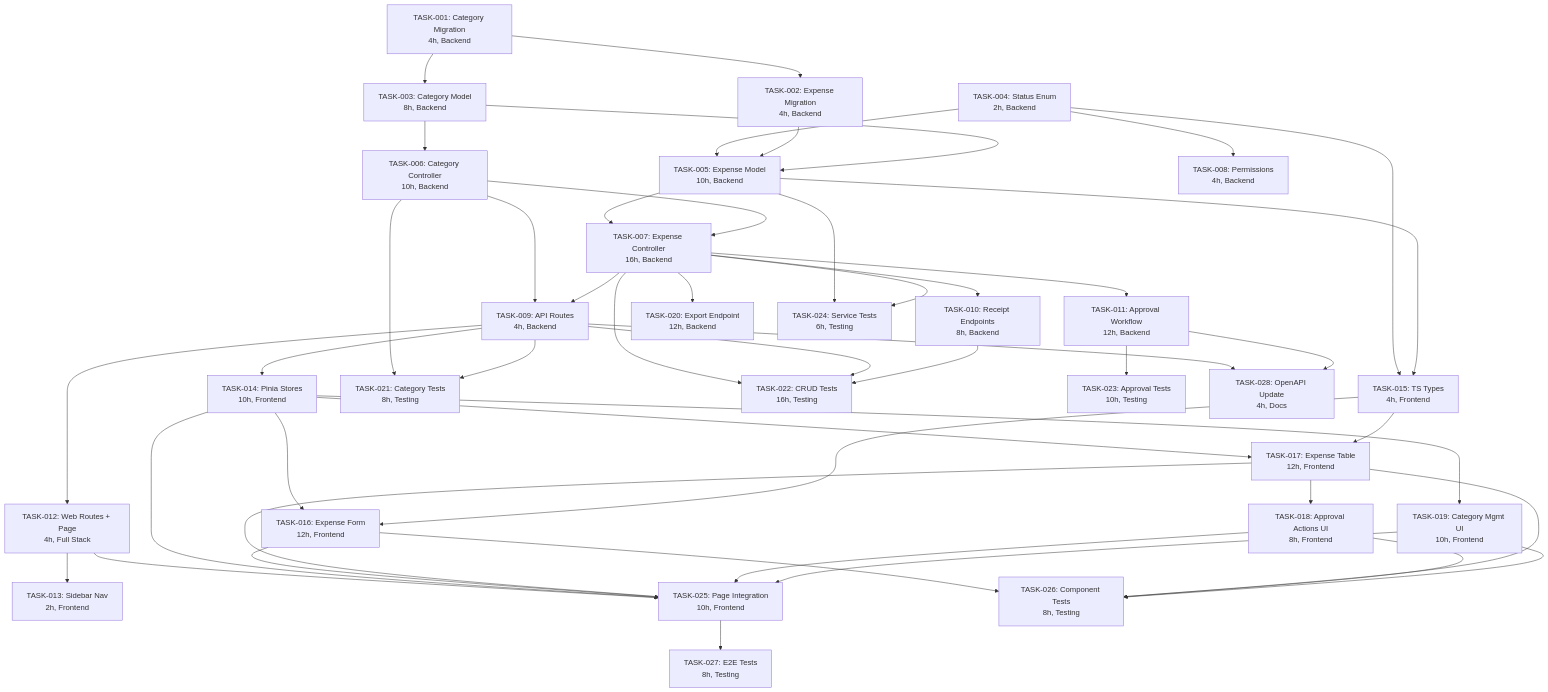
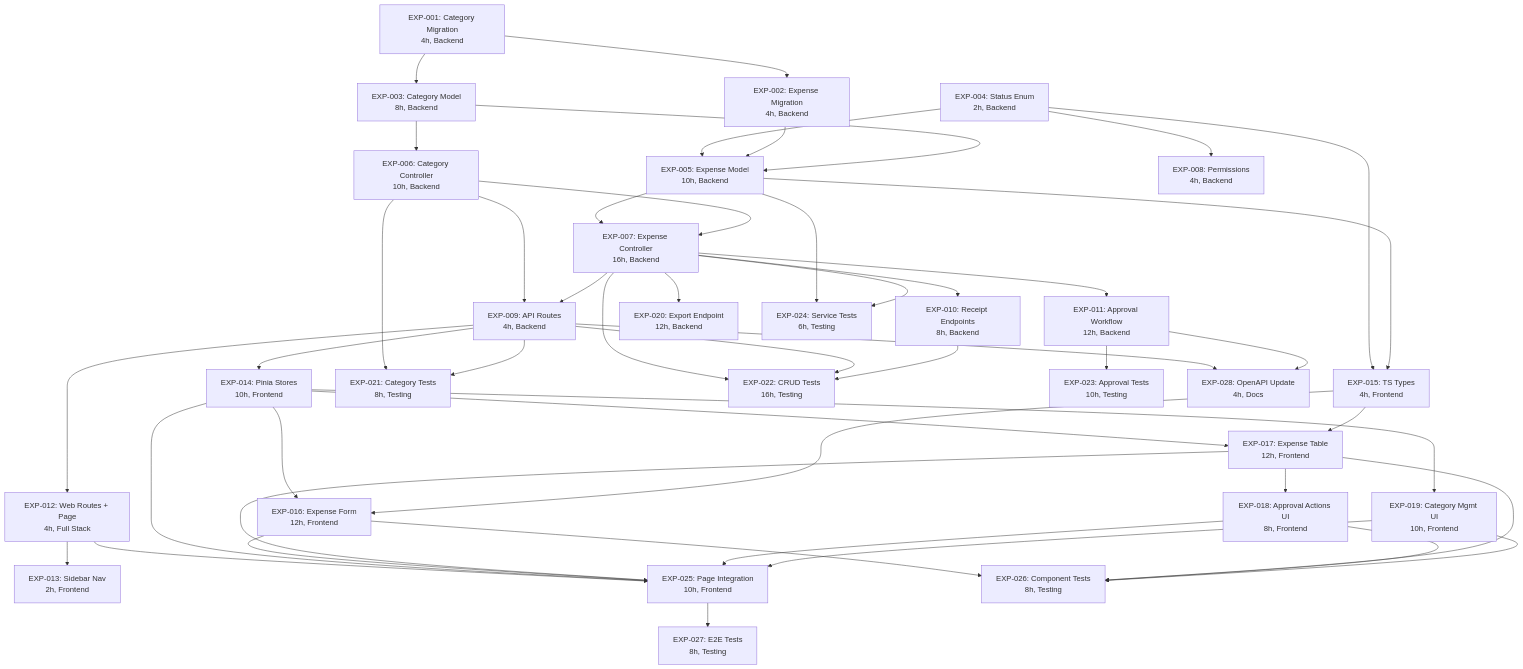
The diagram in .features/02-expense-management/task_assignments_20260206.md (kevoyer-nqb/solidtime), drawn with Mermaid before and after one commit. The commit also changed other lines of this file and 9 other files, not shown here.

````diff
--- a/.features/02-expense-management/task_assignments_20260206.md
+++ b/.features/02-expense-management/task_assignments_20260206.md
@@ -56,49 +58,49 @@
 ```mermaid
 graph TD
-    TASK-001[TASK-001: Category Migration<br/>4h, Backend] --> TASK-002[TASK-002: Expense Migration<br/>4h, Backend]
-    TASK-001 --> TASK-003[TASK-003: Category Model<br/>8h, Backend]
-    TASK-004[TASK-004: Status Enum<br/>2h, Backend] --> TASK-005[TASK-005: Expense Model<br/>10h, Backend]
-    TASK-002 --> TASK-005
-    TASK-003 --> TASK-005
-    TASK-003 --> TASK-006[TASK-006: Category Controller<br/>10h, Backend]
-    TASK-005 --> TASK-007[TASK-007: Expense Controller<br/>16h, Backend]
-    TASK-006 --> TASK-007
-    TASK-004 --> TASK-008[TASK-008: Permissions<br/>4h, Backend]
-    TASK-006 --> TASK-009[TASK-009: API Routes<br/>4h, Backend]
-    TASK-007 --> TASK-009
-    TASK-007 --> TASK-010[TASK-010: Receipt Endpoints<br/>8h, Backend]
-    TASK-007 --> TASK-011[TASK-011: Approval Workflow<br/>12h, Backend]
-    TASK-009 --> TASK-012[TASK-012: Web Routes + Page<br/>4h, Full Stack]
-    TASK-012 --> TASK-013[TASK-013: Sidebar Nav<br/>2h, Frontend]
-    TASK-009 --> TASK-014[TASK-014: Pinia Stores<br/>10h, Frontend]
-    TASK-004 --> TASK-015[TASK-015: TS Types<br/>4h, Frontend]
-    TASK-005 --> TASK-015
-    TASK-014 --> TASK-016[TASK-016: Expense Form<br/>12h, Frontend]
-    TASK-015 --> TASK-016
-    TASK-014 --> TASK-017[TASK-017: Expense Table<br/>12h, Frontend]
-    TASK-015 --> TASK-017
-    TASK-017 --> TASK-018[TASK-018: Approval Actions UI<br/>8h, Frontend]
-    TASK-014 --> TASK-019[TASK-019: Category Mgmt UI<br/>10h, Frontend]
-    TASK-007 --> TASK-020[TASK-020: Export Endpoint<br/>12h, Backend]
-    TASK-006 --> TASK-021[TASK-021: Category Tests<br/>8h, Testing]
-    TASK-009 --> TASK-021
-    TASK-007 --> TASK-022[TASK-022: CRUD Tests<br/>16h, Testing]
-    TASK-009 --> TASK-022
-    TASK-010 --> TASK-022
-    TASK-011 --> TASK-023[TASK-023: Approval Tests<br/>10h, Testing]
-    TASK-005 --> TASK-024[TASK-024: Service Tests<br/>6h, Testing]
-    TASK-007 --> TASK-024
-    TASK-012 --> TASK-025[TASK-025: Page Integration<br/>10h, Frontend]
-    TASK-014 --> TASK-025
-    TASK-016 --> TASK-025
-    TASK-017 --> TASK-025
-    TASK-018 --> TASK-025
-    TASK-019 --> TASK-025
-    TASK-016 --> TASK-026[TASK-026: Component Tests<br/>8h, Testing]
-    TASK-017 --> TASK-026
-    TASK-018 --> TASK-026
-    TASK-019 --> TASK-026
-    TASK-025 --> TASK-027[TASK-027: E2E Tests<br/>8h, Testing]
-    TASK-009 --> TASK-028[TASK-028: OpenAPI Update<br/>4h, Docs]
-    TASK-011 --> TASK-028
+    EXP-001[EXP-001: Category Migration<br/>4h, Backend] --> EXP-002[EXP-002: Expense Migration<br/>4h, Backend]
+    EXP-001 --> EXP-003[EXP-003: Category Model<br/>8h, Backend]
+    EXP-004[EXP-004: Status Enum<br/>2h, Backend] --> EXP-005[EXP-005: Expense Model<br/>10h, Backend]
+    EXP-002 --> EXP-005
+    EXP-003 --> EXP-005
+    EXP-003 --> EXP-006[EXP-006: Category Controller<br/>10h, Backend]
+    EXP-005 --> EXP-007[EXP-007: Expense Controller<br/>16h, Backend]
+    EXP-006 --> EXP-007
+    EXP-004 --> EXP-008[EXP-008: Permissions<br/>4h, Backend]
+    EXP-006 --> EXP-009[EXP-009: API Routes<br/>4h, Backend]
+    EXP-007 --> EXP-009
+    EXP-007 --> EXP-010[EXP-010: Receipt Endpoints<br/>8h, Backend]
+    EXP-007 --> EXP-011[EXP-011: Approval Workflow<br/>12h, Backend]
+    EXP-009 --> EXP-012[EXP-012: Web Routes + Page<br/>4h, Full Stack]
+    EXP-012 --> EXP-013[EXP-013: Sidebar Nav<br/>2h, Frontend]
+    EXP-009 --> EXP-014[EXP-014: Pinia Stores<br/>10h, Frontend]
+    EXP-004 --> EXP-015[EXP-015: TS Types<br/>4h, Frontend]
+    EXP-005 --> EXP-015
+    EXP-014 --> EXP-016[EXP-016: Expense Form<br/>12h, Frontend]
+    EXP-015 --> EXP-016
+    EXP-014 --> EXP-017[EXP-017: Expense Table<br/>12h, Frontend]
+    EXP-015 --> EXP-017
+    EXP-017 --> EXP-018[EXP-018: Approval Actions UI<br/>8h, Frontend]
+    EXP-014 --> EXP-019[EXP-019: Category Mgmt UI<br/>10h, Frontend]
+    EXP-007 --> EXP-020[EXP-020: Export Endpoint<br/>12h, Backend]
+    EXP-006 --> EXP-021[EXP-021: Category Tests<br/>8h, Testing]
+    EXP-009 --> EXP-021
+    EXP-007 --> EXP-022[EXP-022: CRUD Tests<br/>16h, Testing]
+    EXP-009 --> EXP-022
+    EXP-010 --> EXP-022
+    EXP-011 --> EXP-023[EXP-023: Approval Tests<br/>10h, Testing]
+    EXP-005 --> EXP-024[EXP-024: Service Tests<br/>6h, Testing]
+    EXP-007 --> EXP-024
+    EXP-012 --> EXP-025[EXP-025: Page Integration<br/>10h, Frontend]
+    EXP-014 --> EXP-025
+    EXP-016 --> EXP-025
+    EXP-017 --> EXP-025
+    EXP-018 --> EXP-025
+    EXP-019 --> EXP-025
+    EXP-016 --> EXP-026[EXP-026: Component Tests<br/>8h, Testing]
+    EXP-017 --> EXP-026
+    EXP-018 --> EXP-026
+    EXP-019 --> EXP-026
+    EXP-025 --> EXP-027[EXP-027: E2E Tests<br/>8h, Testing]
+    EXP-009 --> EXP-028[EXP-028: OpenAPI Update<br/>4h, Docs]
+    EXP-011 --> EXP-028
 ```
````
